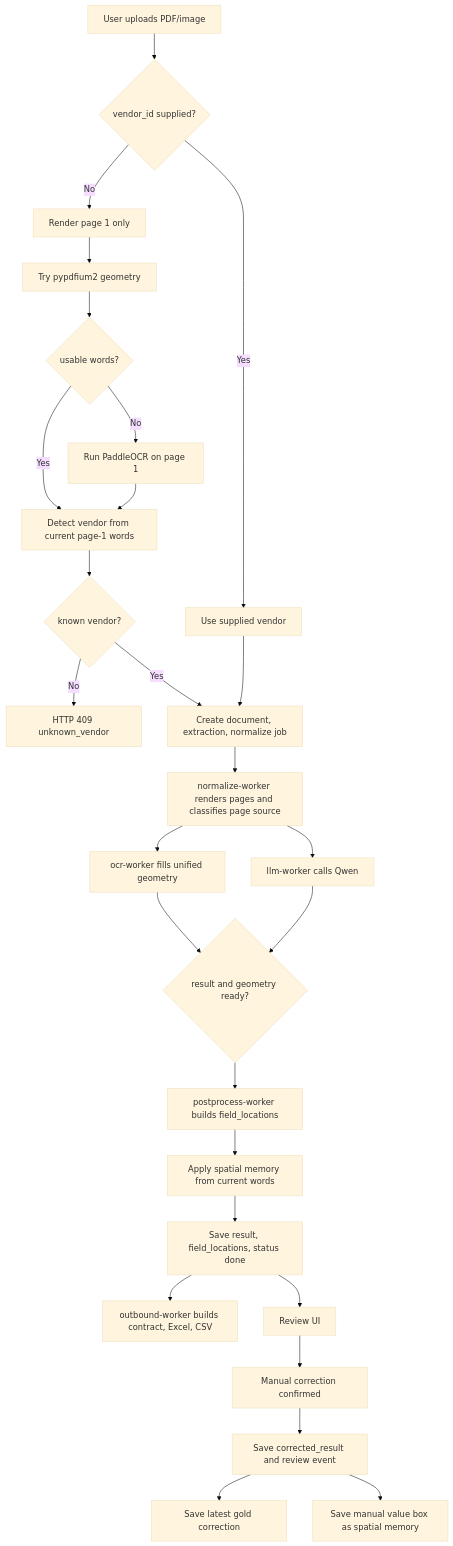
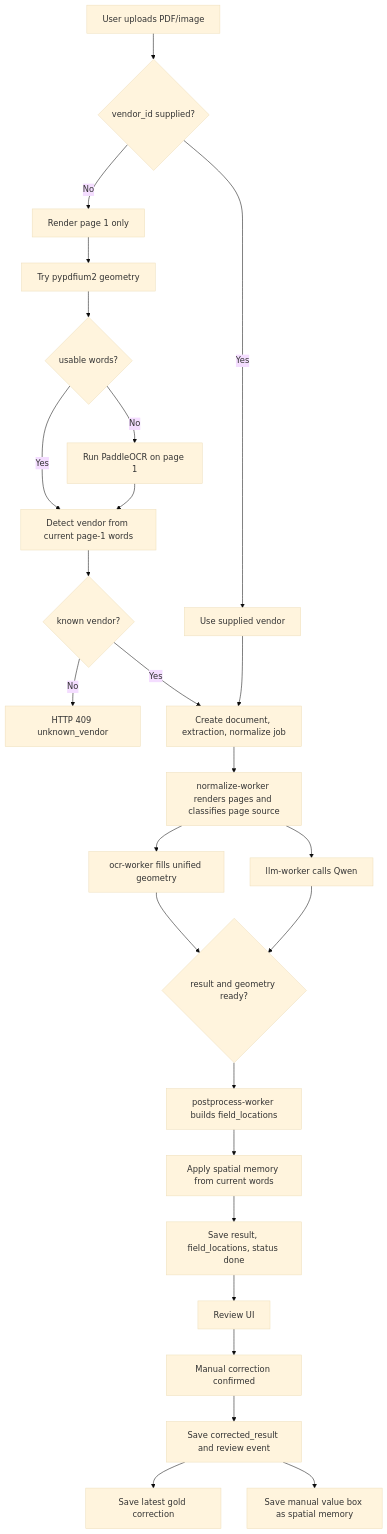
Before and after one commit to DeepakG-ai/Augemented_OCR_PaddleOCR_VL: the second of 8 diagrams in spec.md, drawn with Mermaid (base theme). The commit also changed other lines of this file and 68 other files, not shown here.

````diff
--- a/spec.md
+++ b/spec.md
@@ -88,29 +86,28 @@
 ```mermaid
 flowchart TD
     A["User uploads PDF/image"] --> B{"vendor_id supplied?"}
     B -->|No| C["Render page 1 only"]
     C --> D["Try pypdfium2 geometry"]
     D --> E{"usable words?"}
     E -->|No| F["Run PaddleOCR on page 1"]
     E -->|Yes| G["Detect vendor from current page-1 words"]
     F --> G
     B -->|Yes| H["Use supplied vendor"]
     G --> I{"known vendor?"}
     I -->|No| J["HTTP 409 unknown_vendor"]
     I -->|Yes| K["Create document, extraction, normalize job"]
     H --> K
     K --> L["normalize-worker renders pages and classifies page source"]
     L --> M["ocr-worker fills unified geometry"]
     L --> N["llm-worker calls Qwen"]
     M --> O{"result and geometry ready?"}
     N --> O
     O --> P["postprocess-worker builds field_locations"]
     P --> Q["Apply spatial memory from current words"]
     Q --> R["Save result, field_locations, status done"]
-    R --> S["outbound-worker builds contract, Excel, CSV"]
     R --> T["Review UI"]
     T --> U["Manual correction confirmed"]
     U --> V["Save corrected_result and review event"]
     V --> W["Save latest gold correction"]
     V --> X["Save manual value box as spatial memory"]
 ```
````
